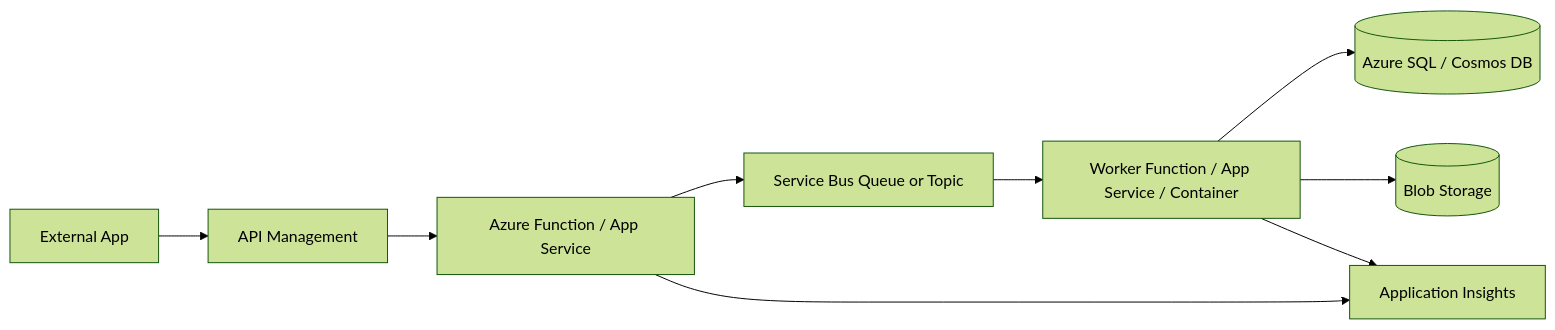
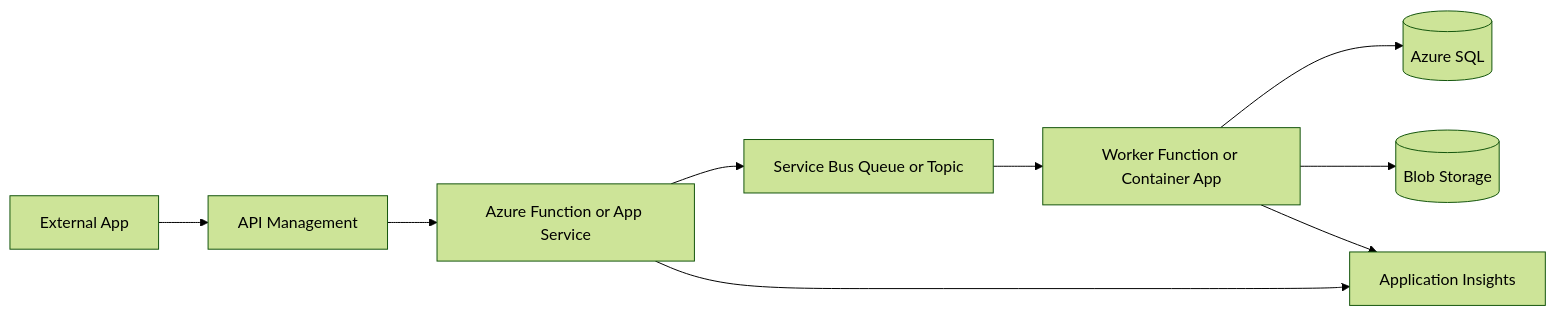
One commit to brunsdon/azure-services-cheat-sheet changed the diagram in README.md. Above: the diagram before and after it, drawn with Mermaid (forest theme). The commit also changed other lines of this file and 17 other files, not shown here.

Commit message:
Polish Azure architecture field guide

````diff
--- a/README.md
+++ b/README.md
@@ -37,11 +117,11 @@
 ```mermaid
 flowchart LR
-    ext[External App] --> apim[API Management]
-    apim --> api[Azure Function / App Service]
-    api --> sb[Service Bus Queue or Topic]
-    sb --> worker[Worker Function / App Service / Container]
-    worker --> sql[(Azure SQL / Cosmos DB)]
+    external[External App] --> apim[API Management]
+    apim --> compute[Azure Function or App Service]
+    compute --> bus[Service Bus Queue or Topic]
+    bus --> worker[Worker Function or Container App]
+    worker --> sql[(Azure SQL)]
     worker --> blob[(Blob Storage)]
-    api --> insights[Application Insights]
+    compute --> insights[Application Insights]
     worker --> insights
 ```
````
